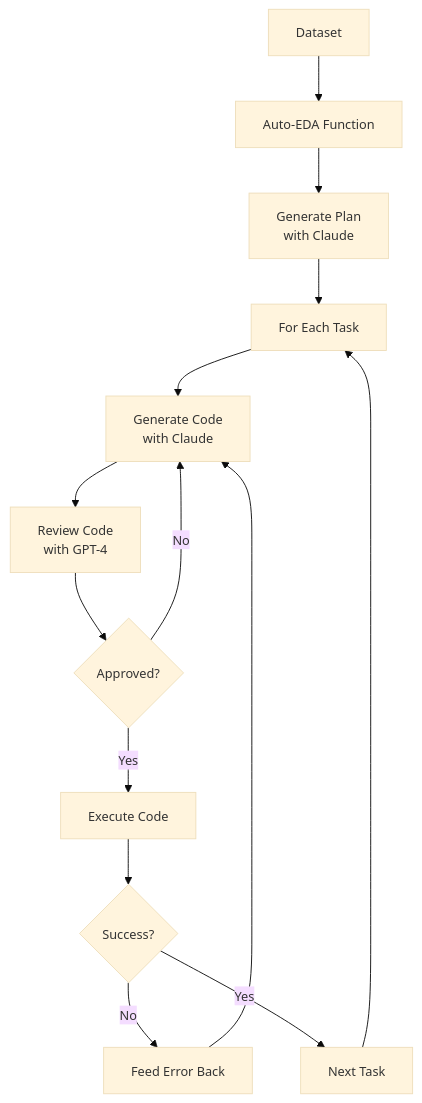
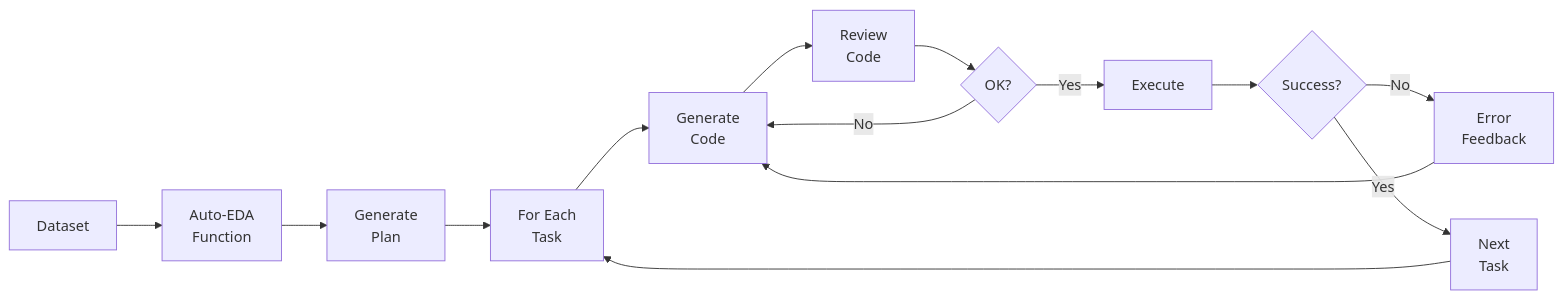
The second of 2 diagrams in presentation.qmd (matthewhirschey/useR_talk_axolotr), drawn with Mermaid before and after one commit. The commit also changed other lines of this file and 5 other files, not shown here.

````diff
--- a/presentation.qmd
+++ b/presentation.qmd
@@ -136,17 +207,17 @@
 ```{mermaid}
-%%{init: {'theme':'base', 'themeVariables': { 'fontSize': '14px'}}}%%
-flowchart TB
-    A[Dataset] --> B[Auto-EDA Function]
-    B --> C[Generate Plan<br/>with Claude]
-    C --> D[For Each Task]
-    D --> E[Generate Code<br/>with Claude]
-    E --> F[Review Code<br/>with GPT-4]
-    F --> G{Approved?}
+%%{init: {'theme':'default'}}%%
+flowchart LR
+    A[Dataset] --> B[Auto-EDA<br/>Function]
+    B --> C[Generate<br/>Plan]
+    C --> D[For Each<br/>Task]
+    D --> E[Generate<br/>Code]
+    E --> F[Review<br/>Code]
+    F --> G{OK?}
     G -->|No| E
-    G -->|Yes| H[Execute Code]
+    G -->|Yes| H[Execute]
     H --> I{Success?}
-    I -->|No| J[Feed Error Back]
+    I -->|No| J[Error<br/>Feedback]
     J --> E
-    I -->|Yes| K[Next Task]
+    I -->|Yes| K[Next<br/>Task]
     K --> D
 ```
````
